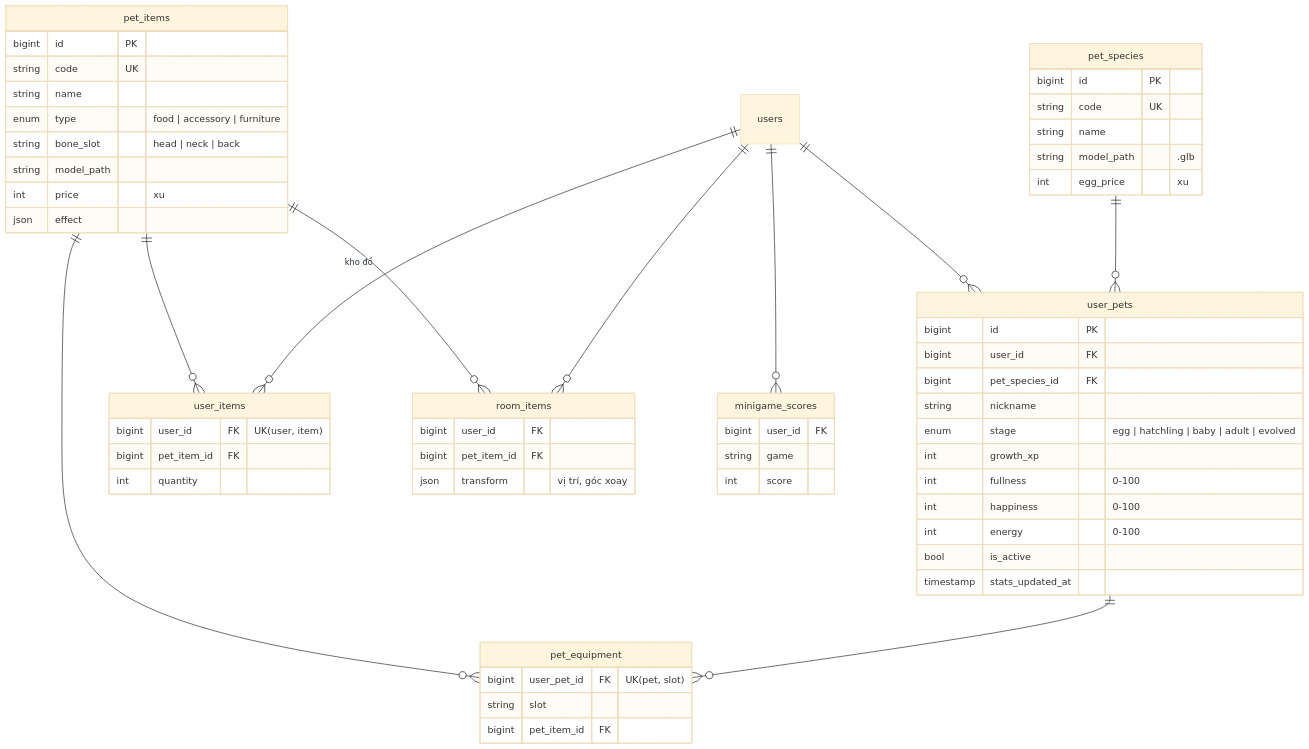
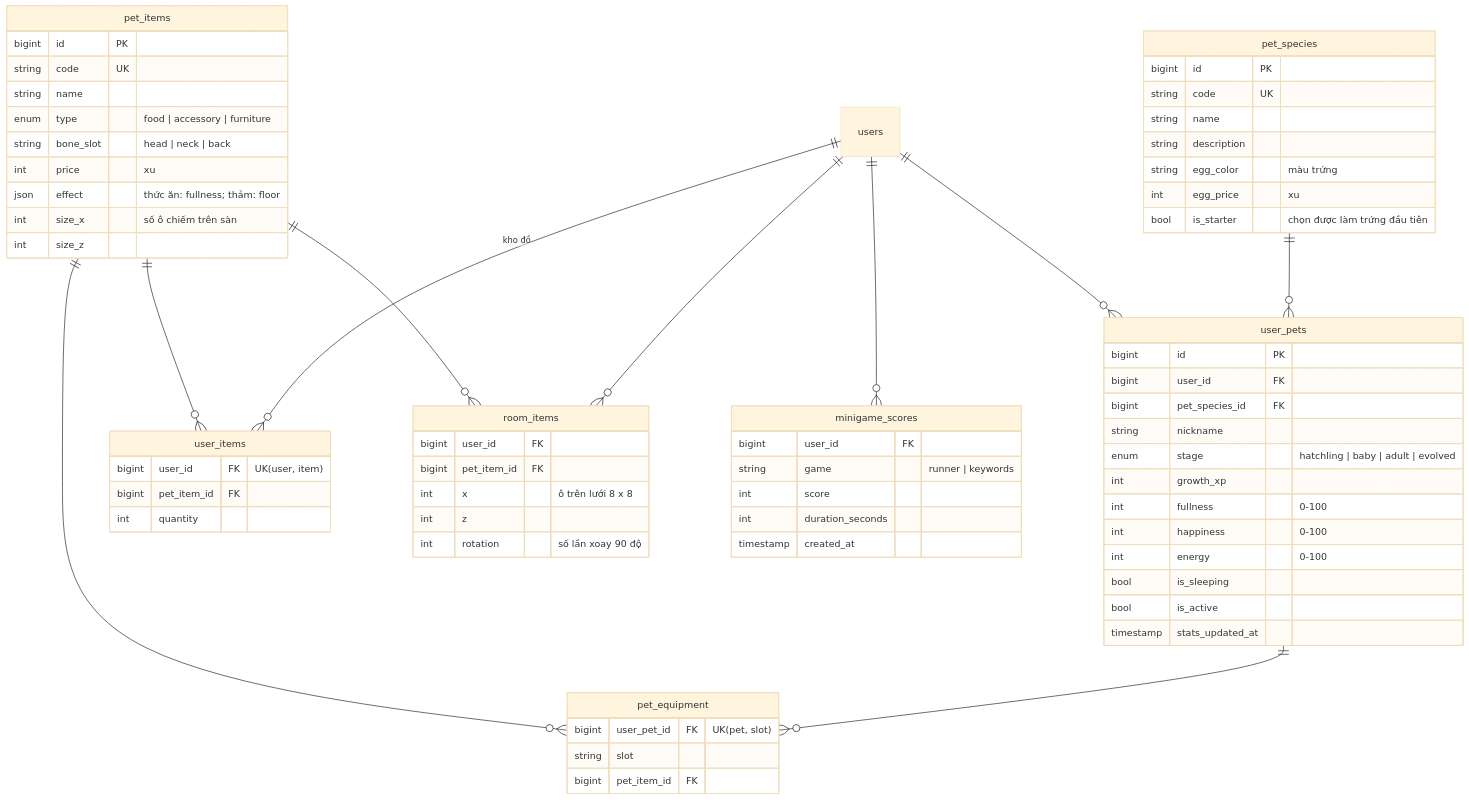
One commit to Thang2509/DACN changed the seventh of 9 diagrams in docs/thiet-ke.md. Above: the diagram before and after it, drawn with Mermaid (base theme). The commit also changed other lines of this file and 95 other files, not shown here.

````diff
--- a/docs/thiet-ke.md
+++ b/docs/thiet-ke.md
@@ -337,63 +348,71 @@
 ```mermaid
 erDiagram
   pet_species ||--o{ user_pets : ""
   users ||--o{ user_pets : ""
   users ||--o{ user_items : "kho đồ"
   pet_items ||--o{ user_items : ""
   user_pets ||--o{ pet_equipment : ""
   pet_items ||--o{ pet_equipment : ""
   users ||--o{ room_items : ""
   pet_items ||--o{ room_items : ""
   users ||--o{ minigame_scores : ""
 
   pet_species {
     bigint id PK
     string code UK
     string name
-    string model_path ".glb"
+    string description
+    string egg_color "màu trứng"
     int egg_price "xu"
+    bool is_starter "chọn được làm trứng đầu tiên"
   }
   user_pets {
     bigint id PK
     bigint user_id FK
     bigint pet_species_id FK
     string nickname
-    enum stage "egg | hatchling | baby | adult | evolved"
+    enum stage "hatchling | baby | adult | evolved"
     int growth_xp
     int fullness "0-100"
     int happiness "0-100"
     int energy "0-100"
+    bool is_sleeping
     bool is_active
     timestamp stats_updated_at
   }
   pet_items {
     bigint id PK
     string code UK
     string name
     enum type "food | accessory | furniture"
     string bone_slot "head | neck | back"
-    string model_path
     int price "xu"
-    json effect
+    json effect "thức ăn: fullness; thảm: floor"
+    int size_x "số ô chiếm trên sàn"
+    int size_z
   }
   user_items {
     bigint user_id FK "UK(user, item)"
     bigint pet_item_id FK
     int quantity
   }
   pet_equipment {
     bigint user_pet_id FK "UK(pet, slot)"
     string slot
     bigint pet_item_id FK
   }
   room_items {
     bigint user_id FK
     bigint pet_item_id FK
-    json transform "vị trí, góc xoay"
+    int x "ô trên lưới 8 x 8"
+    int z
+    int rotation "số lần xoay 90 độ"
   }
   minigame_scores {
     bigint user_id FK
-    string game
+    string game "runner | keywords"
     int score
+    int duration_seconds
+    timestamp created_at
   }
 ```
````
